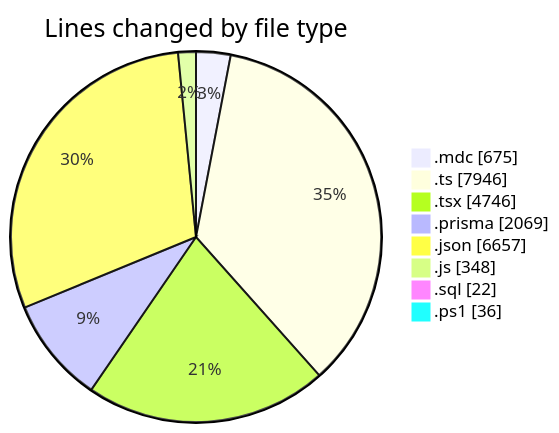
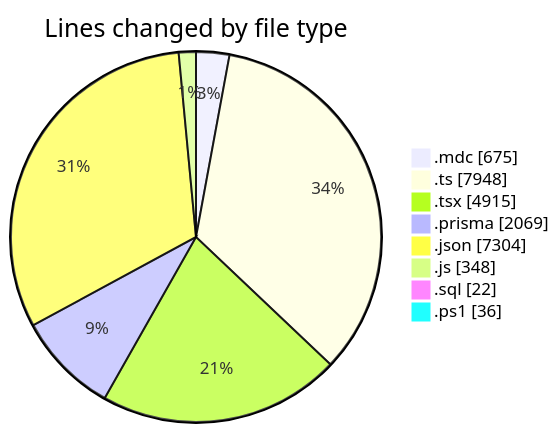
One commit to CELIANVF/code-tracking changed the first of 2 diagrams in 2025-06-05/ecodeli-1/README.md. Above: the diagram before and after it, drawn with Mermaid. The commit also changed other lines of this file and 1 other file, not shown here.

````diff
--- a/2025-06-05/ecodeli-1/README.md
+++ b/2025-06-05/ecodeli-1/README.md
@@ -67,12 +68,12 @@
 ```mermaid
 pie showData
 title Lines changed by file type
 ".mdc" : 675
-".ts" : 7946
-".tsx" : 4746
+".ts" : 7948
+".tsx" : 4915
 ".prisma" : 2069
-".json" : 6657
+".json" : 7304
 ".js" : 348
 ".sql" : 22
 ".ps1" : 36
 ```
````
